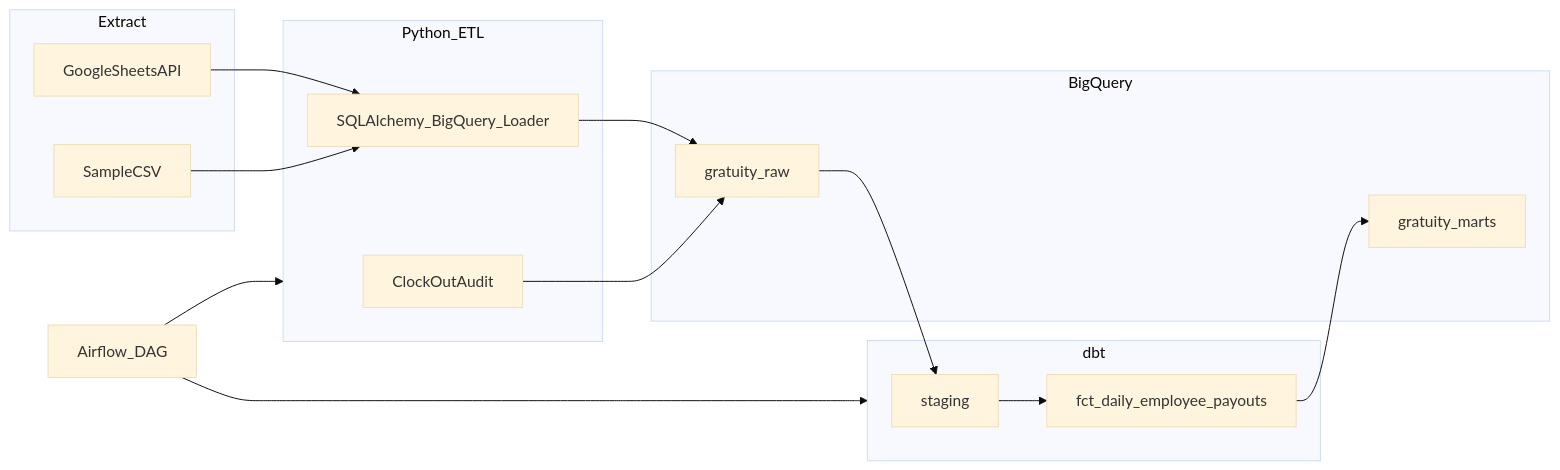
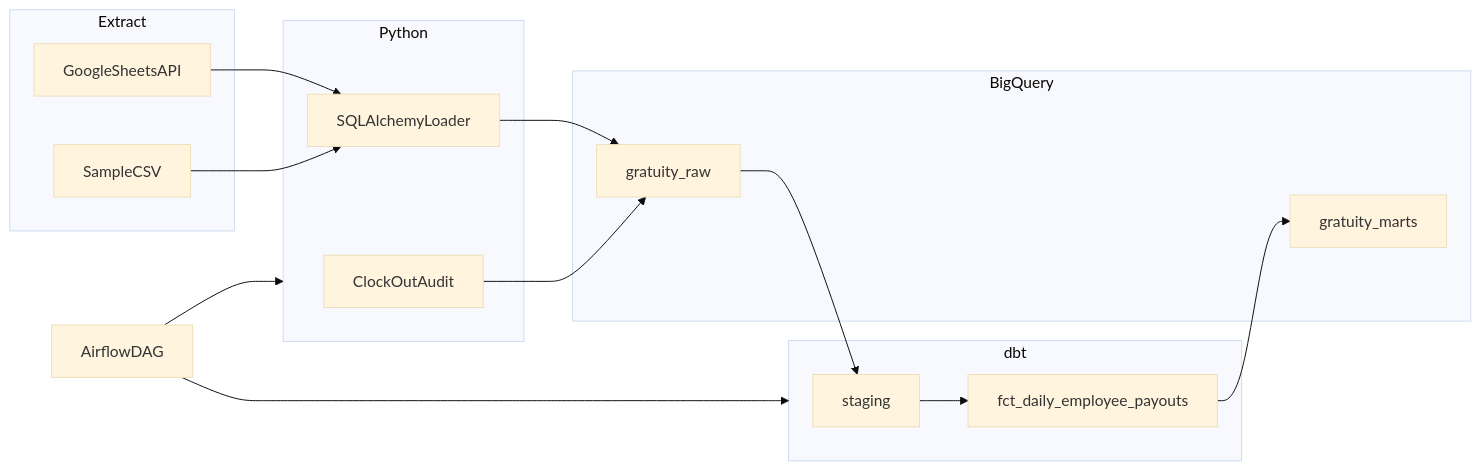
Before and after one commit to kristenpost/gratuity-etl: the diagram in README.md, drawn with Mermaid (base theme). The commit also changed other lines of this file and 2 other files, not shown here.

````diff
--- a/README.md
+++ b/README.md
@@ -20,28 +36,28 @@
 ```mermaid
 flowchart LR
   subgraph extract [Extract]
     Sheets[GoogleSheetsAPI]
     Sample[SampleCSV]
   end
-  subgraph python [Python_ETL]
+  subgraph python [Python]
     Audit[ClockOutAudit]
-    Loader[SQLAlchemy_BigQuery_Loader]
+    Loader[SQLAlchemyLoader]
   end
   subgraph bq [BigQuery]
     Raw[gratuity_raw]
     Marts[gratuity_marts]
   end
   subgraph transform [dbt]
     Stg[staging]
     Mart[fct_daily_employee_payouts]
   end
-  Airflow[Airflow_DAG]
+  Airflow[AirflowDAG]
   Sheets --> Loader
   Sample --> Loader
   Loader --> Raw
   Audit --> Raw
   Airflow --> python
   Airflow --> transform
   Raw --> Stg --> Mart
   Mart --> Marts
 ```
````
